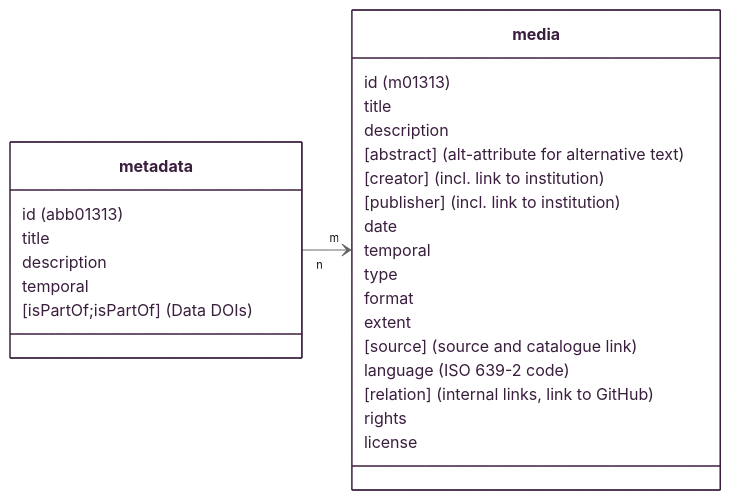
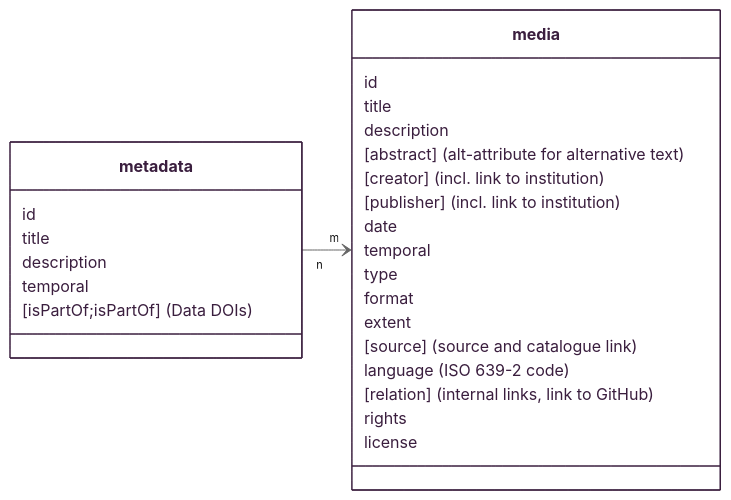
One commit to Stadt-Geschichte-Basel/forschung.stadtgeschichtebasel.ch changed the diagram in README.md. Above: the diagram before and after it, drawn with Mermaid (neutral theme). The commit also changed other lines of this file, not shown here.

````diff
--- a/README.md
+++ b/README.md
@@ -58,32 +64,32 @@
 ```mermaid
     classDiagram
     direction LR
         class metadata {
-            id &lpar;abb01313&rpar;
+            id
             title
             description
             temporal
             [isPartOf;isPartOf] &lpar;Data DOIs&rpar;
         }
         class media {
-            id &lpar;m01313&rpar;
+            id
             title
             description
             [abstract] &lpar;alt-attribute for alternative text&rpar;
             [creator] &lpar;incl. link to institution&rpar;
             [publisher] &lpar;incl. link to institution&rpar;
             date
             temporal
             type
             format
             extent
             [source] &lpar;source and catalogue link&rpar;
             language &lpar;ISO 639-2 code&rpar;
             [relation] &lpar;internal links, link to GitHub&rpar;
             rights
             license
         }
     metadata "n" --> "m" media
     style metadata stroke:#3a1e3e,fill:#fff,color:#3a1e3e
     style media stroke:#3a1e3e,fill:#fff,color:#3a1e3e
 ```
````
